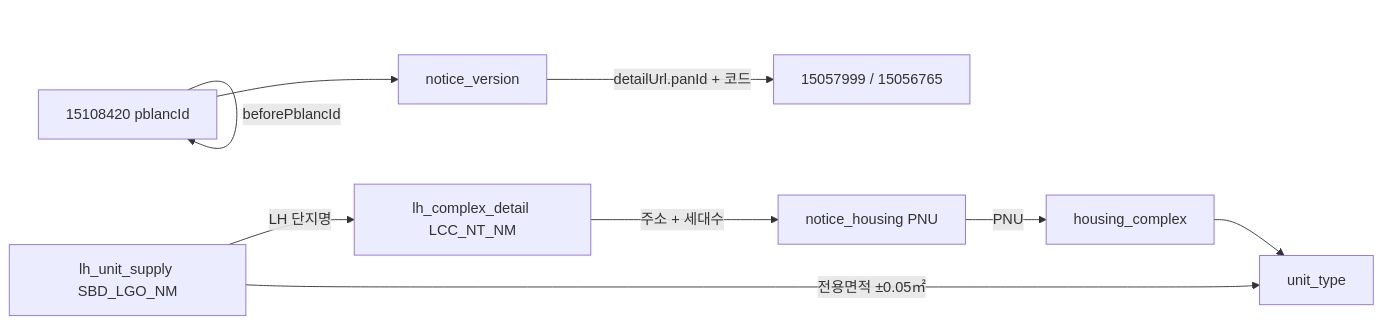
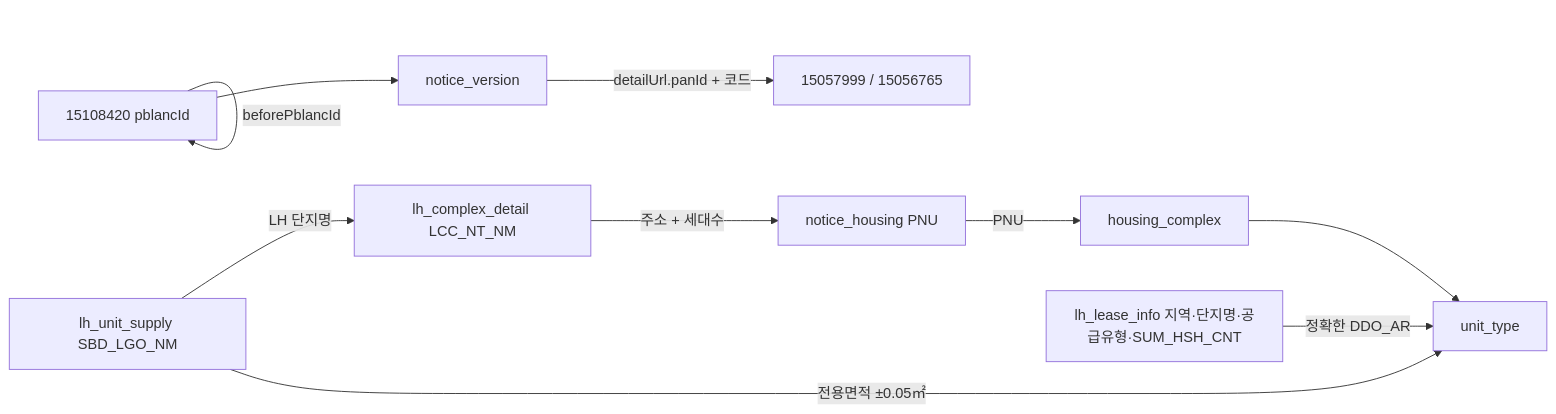
One commit to JunHyung1206/toadzip-api-domain changed the diagram in docs/원천-API-명세.md. Above: the diagram before and after it, drawn with Mermaid. The commit also changed other lines of this file and 5 other files, not shown here.

````diff
--- a/docs/원천-API-명세.md
+++ b/docs/원천-API-명세.md
@@ -434,11 +499,12 @@
 ```mermaid
 flowchart LR
     A["15108420 pblancId"] -->|"beforePblancId"| A
     A --> V["notice_version"]
     V -->|"detailUrl.panId + 코드"| D["15057999 / 15056765"]
     N["notice_housing PNU"] -->|"PNU"| C["housing_complex"]
     U["lh_unit_supply SBD_LGO_NM"] -->|"LH 단지명"| L["lh_complex_detail LCC_NT_NM"]
     L -->|"주소 + 세대수"| N
     U -->|"전용면적 ±0.05㎡"| T["unit_type"]
+    I["lh_lease_info 지역·단지명·공급유형·SUM_HSH_CNT"] -->|"정확한 DDO_AR"| T
     C --> T
 ```
````
